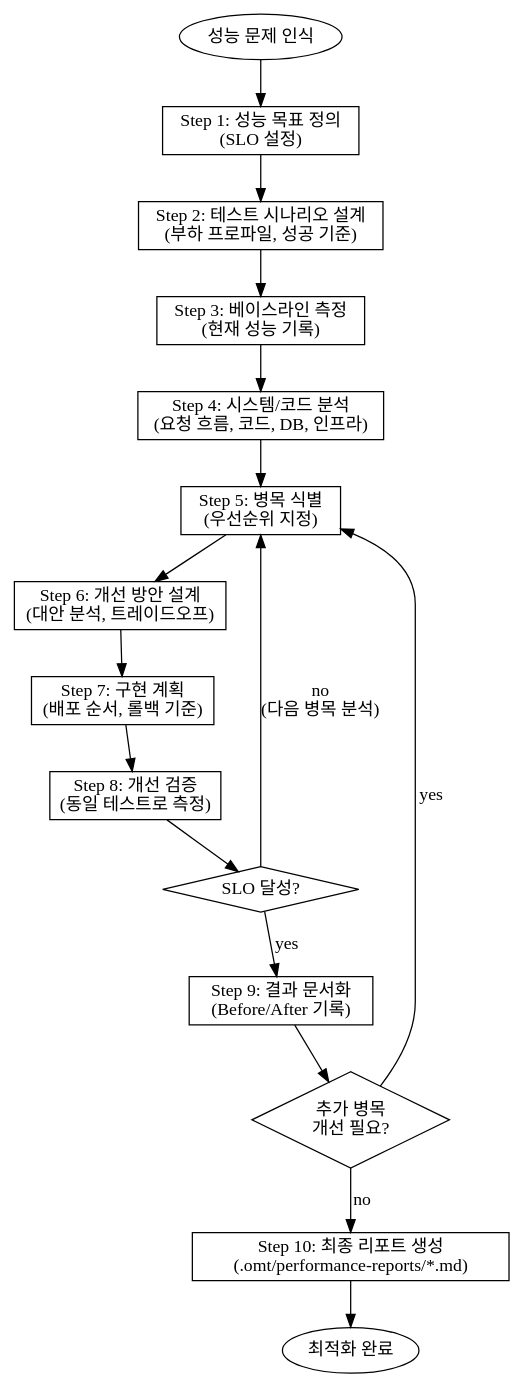
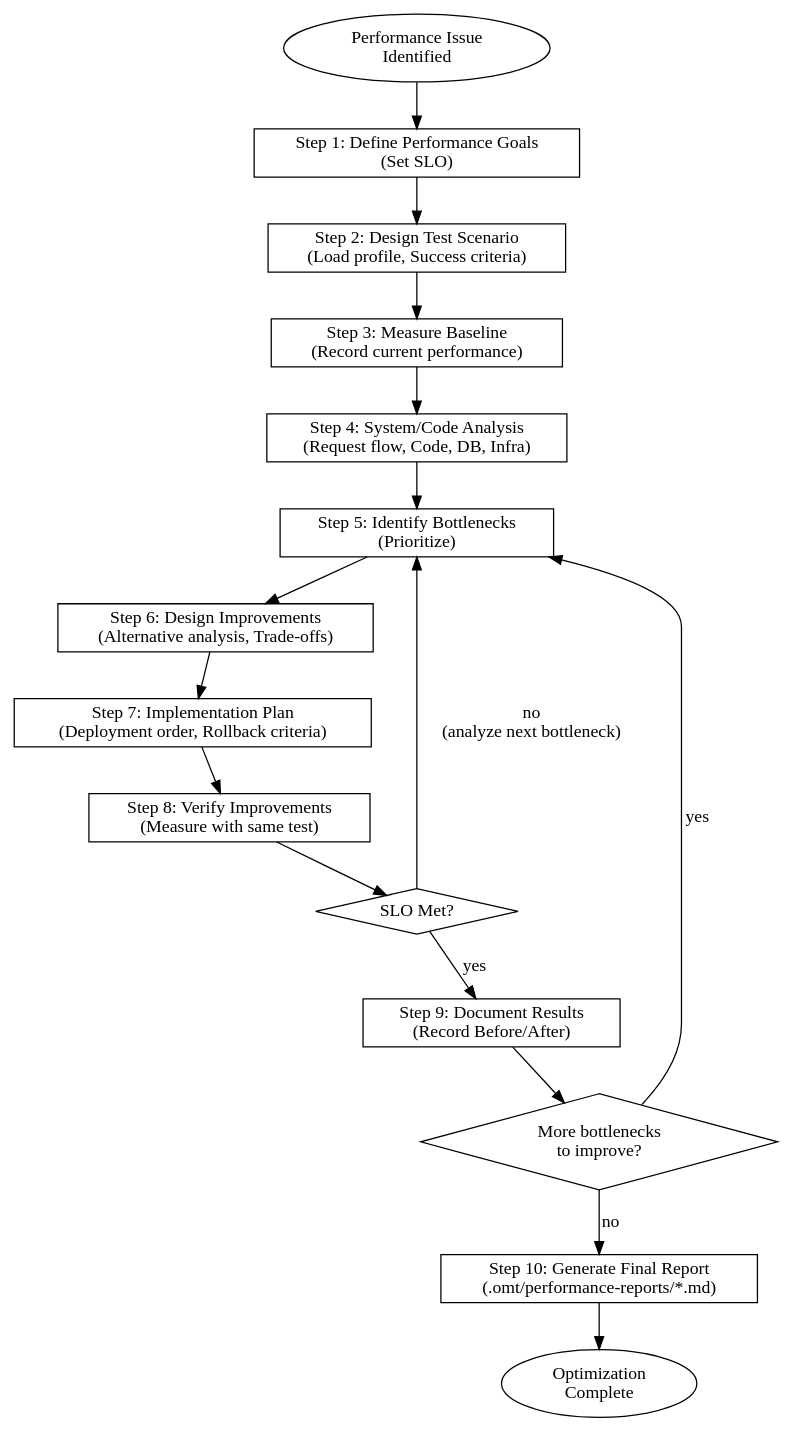
The diagram in skills/performance-optimizer/SKILL.md (toongri/oh-my-toong-playground), drawn with Graphviz before and after one commit. The commit also changed other lines of this file and 3 other files, not shown here.

````diff
--- a/skills/performance-optimizer/SKILL.md
+++ b/skills/performance-optimizer/SKILL.md
@@ -27,67 +27,67 @@
 ```dot
 digraph perf_workflow {
     rankdir=TB;
     node [shape=box];
 
     // Entry
-    start [label="성능 문제 인식" shape=ellipse];
+    start [label="Performance Issue\nIdentified" shape=ellipse];
 
     // Step 1: Goals
-    goals [label="Step 1: 성능 목표 정의\n(SLO 설정)"];
+    goals [label="Step 1: Define Performance Goals\n(Set SLO)"];
 
     // Step 2: Test Scenario
-    test_scenario [label="Step 2: 테스트 시나리오 설계\n(부하 프로파일, 성공 기준)"];
+    test_scenario [label="Step 2: Design Test Scenario\n(Load profile, Success criteria)"];
 
     // Step 3: Baseline
-    baseline [label="Step 3: 베이스라인 측정\n(현재 성능 기록)"];
+    baseline [label="Step 3: Measure Baseline\n(Record current performance)"];
 
     // Step 4: Analysis
-    analysis [label="Step 4: 시스템/코드 분석\n(요청 흐름, 코드, DB, 인프라)"];
+    analysis [label="Step 4: System/Code Analysis\n(Request flow, Code, DB, Infra)"];
 
     // Step 5: Bottleneck
-    bottleneck [label="Step 5: 병목 식별\n(우선순위 지정)"];
+    bottleneck [label="Step 5: Identify Bottlenecks\n(Prioritize)"];
 
     // Step 6: Design
-    design [label="Step 6: 개선 방안 설계\n(대안 분석, 트레이드오프)"];
+    design [label="Step 6: Design Improvements\n(Alternative analysis, Trade-offs)"];
 
     // Step 7: Implementation
-    implementation [label="Step 7: 구현 계획\n(배포 순서, 롤백 기준)"];
+    implementation [label="Step 7: Implementation Plan\n(Deployment order, Rollback criteria)"];
 
     // Step 8: Verify
-    verify [label="Step 8: 개선 검증\n(동일 테스트로 측정)"];
+    verify [label="Step 8: Verify Improvements\n(Measure with same test)"];
 
     // Decision
-    slo_met [label="SLO 달성?" shape=diamond];
+    slo_met [label="SLO Met?" shape=diamond];
 
     // Step 9: Document
-    document [label="Step 9: 결과 문서화\n(Before/After 기록)"];
+    document [label="Step 9: Document Results\n(Record Before/After)"];
 
     // More bottlenecks?
-    more_bottlenecks [label="추가 병목\n개선 필요?" shape=diamond];
+    more_bottlenecks [label="More bottlenecks\nto improve?" shape=diamond];
 
     // Step 10: Final Report
-    report [label="Step 10: 최종 리포트 생성\n(.omt/performance-reports/*.md)"];
+    report [label="Step 10: Generate Final Report\n(.omt/performance-reports/*.md)"];
 
     // End
-    complete [label="최적화 완료" shape=ellipse];
+    complete [label="Optimization\nComplete" shape=ellipse];
 
     // Flow
     start -> goals;
     goals -> test_scenario;
     test_scenario -> baseline;
     baseline -> analysis;
     analysis -> bottleneck;
     bottleneck -> design;
     design -> implementation;
     implementation -> verify;
     verify -> slo_met;
 
     slo_met -> document [label="yes"];
-    slo_met -> bottleneck [label="no\n(다음 병목 분석)"];
+    slo_met -> bottleneck [label="no\n(analyze next bottleneck)"];
 
     document -> more_bottlenecks;
     more_bottlenecks -> bottleneck [label="yes"];
     more_bottlenecks -> report [label="no"];
     report -> complete;
 }
 ```
````
